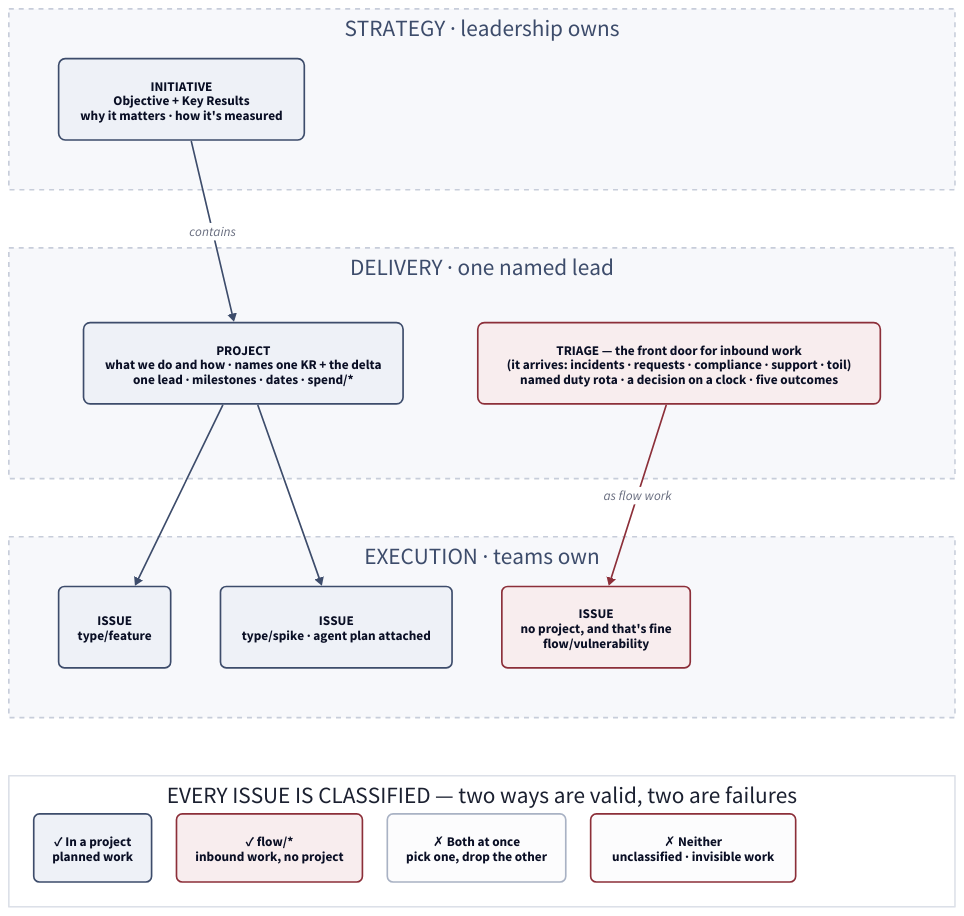
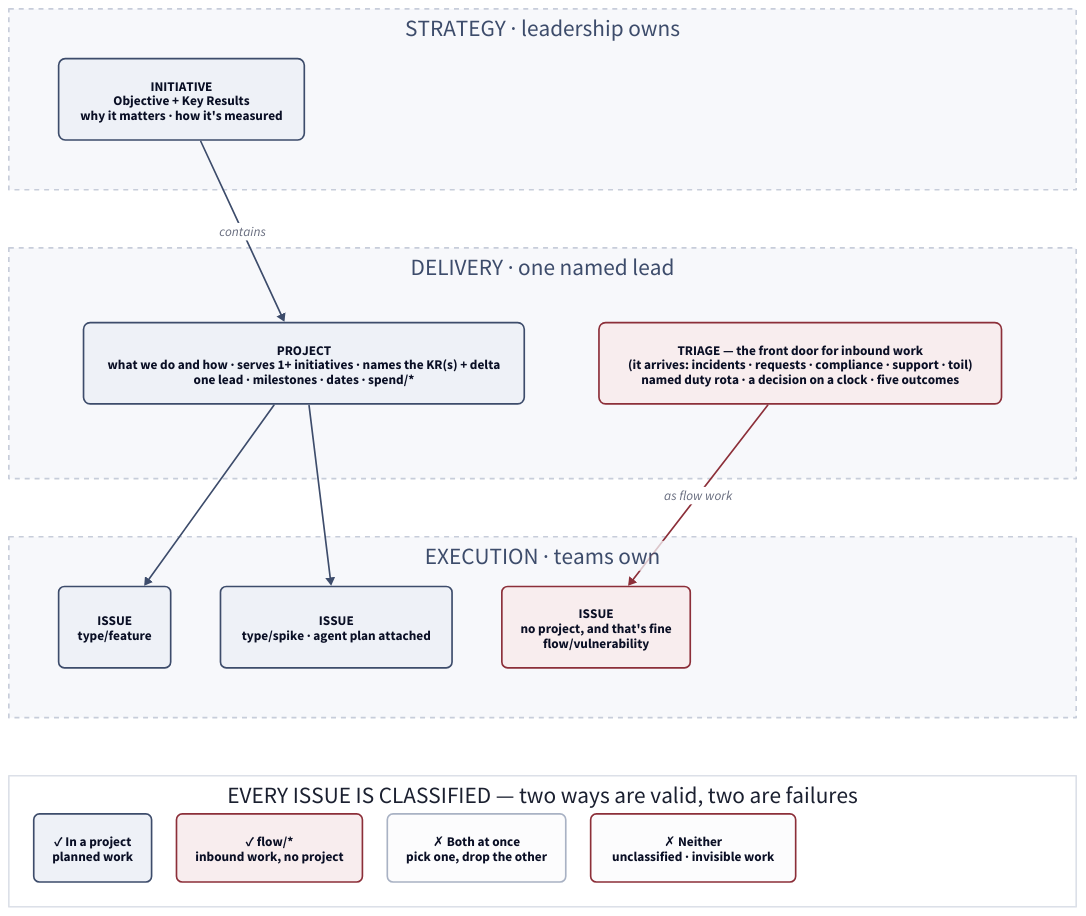
Before and after one commit to hungovercoders/linear-work-management: the diagram in docs/diagrams/model.d2, drawn with D2. The commit also changed 2 other files, not shown here.

First paragraph of the commit message:
docs: cheat-sheet corrections — org/team boundary + project↔initiative cardinality (#3)
* docs: frame the hard rules as the org-level minimum, team autonomy inside

````diff
--- a/docs/diagrams/model.d2
+++ b/docs/diagrams/model.d2
@@ -1,74 +1,74 @@
 # Canonical operating-model diagram. Edit this, not the rendered SVG.
 # Rendered inline on the cheat sheet via Kroki (```kroki-d2```).
 # Two paths, both flowing top-to-bottom through the ownership bands:
 #   strategic:  INITIATIVE -> PROJECT -> ISSUE
 #   external:   TRIAGE -> ISSUE (flow work)
 
 grid-columns: 1
 grid-gap: 70
 direction: down
 
 # ---------- STRATEGY band ----------
 strategy: "STRATEGY  ·  leadership owns" {
   grid-rows: 1
   style: {fill: "#F7F8FB"; stroke: "#C7CDDA"; stroke-dash: 3; font-color: "#3D4C6B"}
   initiative: "INITIATIVE\nObjective + Key Results\nwhy it matters · how it's measured" {
     style: {fill: "#EEF1F7"; stroke: "#3D4C6B"; border-radius: 8; bold: true}
   }
 }
 
 # ---------- DELIVERY band ----------
 delivery: "DELIVERY  ·  one named lead" {
   grid-rows: 1
   grid-gap: 90
   style: {fill: "#F7F8FB"; stroke: "#C7CDDA"; stroke-dash: 3; font-color: "#3D4C6B"}
-  project: "PROJECT\nwhat we do and how · names one KR + the delta\none lead · milestones · dates · spend/*" {
+  project: "PROJECT\nwhat we do and how · serves 1+ initiatives · names the KR(s) + delta\none lead · milestones · dates · spend/*" {
     style: {fill: "#EEF1F7"; stroke: "#3D4C6B"; border-radius: 8; bold: true}
   }
   triage: "TRIAGE — the front door for inbound work\n(it arrives: incidents · requests · compliance · support · toil)\nnamed duty rota · a decision on a clock · five outcomes" {
     style: {fill: "#F8EDEE"; stroke: "#8C2F39"; border-radius: 8; bold: true}
   }
 }
 
 # ---------- EXECUTION band ----------
 execution: "EXECUTION  ·  teams own" {
   grid-rows: 1
   grid-gap: 60
   style: {fill: "#F7F8FB"; stroke: "#C7CDDA"; stroke-dash: 3; font-color: "#3D4C6B"}
   issue1: "ISSUE\ntype/feature" {
     style: {fill: "#EEF1F7"; stroke: "#3D4C6B"; border-radius: 7}
   }
   issue2: "ISSUE\ntype/spike · agent plan attached" {
     style: {fill: "#EEF1F7"; stroke: "#3D4C6B"; border-radius: 7}
   }
   flowissue: "ISSUE\nno project, and that's fine\nflow/vulnerability" {
     style: {fill: "#F8EDEE"; stroke: "#8C2F39"; border-radius: 7}
   }
 }
 
 # ---------- classification rule strip ----------
 rule: "EVERY ISSUE IS CLASSIFIED — two ways are valid, two are failures" {
   grid-rows: 1
   grid-gap: 30
   style: {fill: "#FFFFFF"; stroke: "#DCE0E8"; font-color: "#1B2030"}
   ok_project: "✓ In a project\nplanned work" {
     style: {fill: "#EEF1F7"; stroke: "#3D4C6B"; border-radius: 7}
   }
   ok_flow: "✓ flow/*\ninbound work, no project" {
     style: {fill: "#F8EDEE"; stroke: "#8C2F39"; border-radius: 7}
   }
   bad_both: "✗ Both at once\npick one, drop the other" {
     style: {fill: "#FCFCFD"; stroke: "#A9B2C4"; border-radius: 7}
   }
   bad_neither: "✗ Neither\nunclassified · invisible work" {
     style: {fill: "#FCFCFD"; stroke: "#8C2F39"; stroke-width: 2; border-radius: 7}
   }
 }
 
 # ---------- strategic path (blue) ----------
 strategy.initiative -> delivery.project: contains {style.stroke: "#3D4C6B"}
 delivery.project -> execution.issue1: {style.stroke: "#3D4C6B"}
 delivery.project -> execution.issue2: {style.stroke: "#3D4C6B"}
 
 # ---------- external path (red) ----------
 delivery.triage -> execution.flowissue: as flow work {style.stroke: "#8C2F39"}
````
